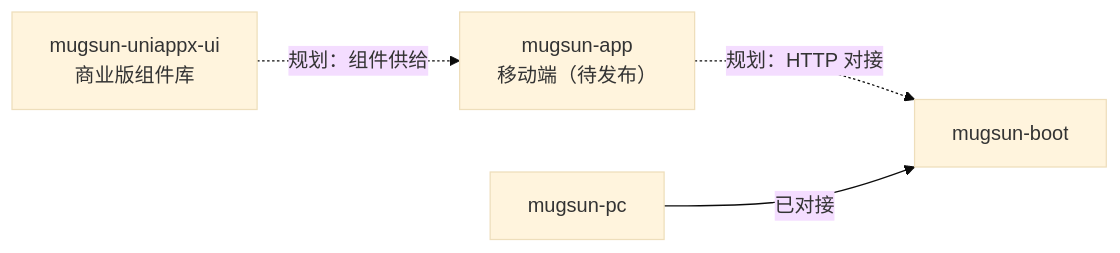
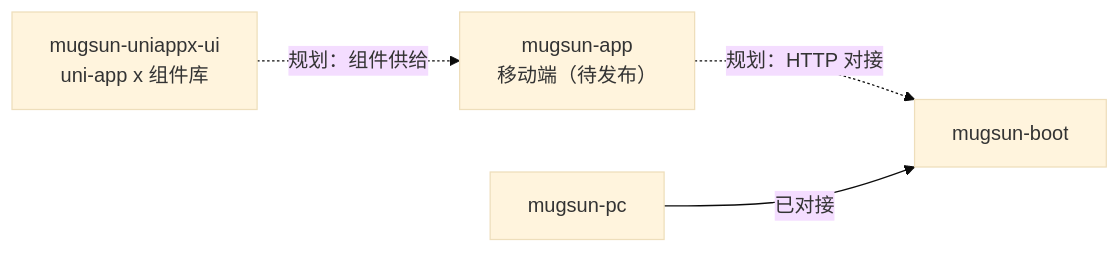
The diagram in README.md (mugsun/mugsun-app), drawn with Mermaid (base theme) before and after one commit. The commit also changed other lines of this file and 3 other files, not shown here.

````diff
--- a/README.md
+++ b/README.md
@@ -40,10 +41,10 @@
 ```mermaid
 graph LR
   APP["mugsun-app<br/>移动端（待发布）"]
   BOOT["mugsun-boot"]
   PC["mugsun-pc"]
-  UI["mugsun-uniappx-ui<br/>商业版组件库"]
+  UI["mugsun-uniappx-ui<br/>uni-app x 组件库"]
   APP -.->|"规划：HTTP 对接"| BOOT
   PC -->|"已对接"| BOOT
   UI -.->|"规划：组件供给"| APP
 ```
````
